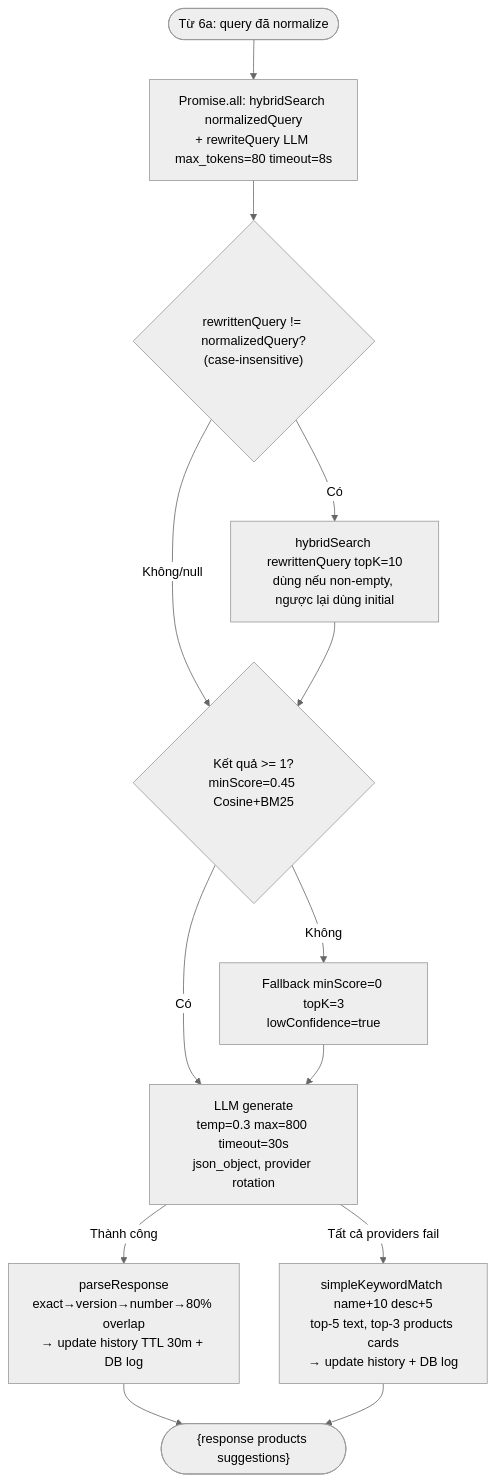
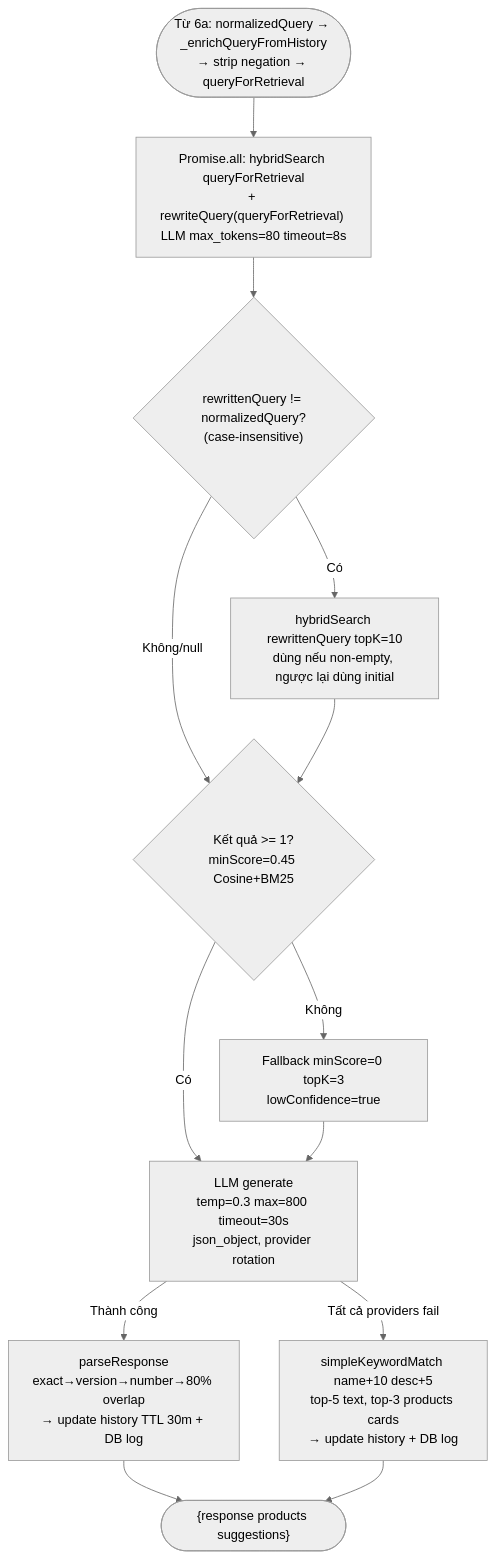
Diagram 39 of 47 in DIAGRAMS.md (MinhThang1009/E-commerce-website), drawn with Mermaid (neutral theme) before and after one commit. The commit also changed other lines of this file, not shown here.

First line of the commit message:
docs(diagrams): sửa flow RAG + 7 lỗi nhỏ §1/§3 sau verify per-element

````diff
--- a/DIAGRAMS.md
+++ b/DIAGRAMS.md
@@ -1661,15 +1667,15 @@
 ```mermaid
 flowchart TD
-    A([Từ 6a: query đã normalize]) --> B["Promise.all: hybridSearch normalizedQuery<br/>+ rewriteQuery LLM max_tokens=80 timeout=8s"]
+    A([Từ 6a: normalizedQuery → _enrichQueryFromHistory<br/>→ strip negation → queryForRetrieval]) --> B["Promise.all: hybridSearch queryForRetrieval<br/>+ rewriteQuery(queryForRetrieval) LLM max_tokens=80 timeout=8s"]
     B --> C{"rewrittenQuery != normalizedQuery?<br/>(case-insensitive)"}
     C -->|Có| D["hybridSearch rewrittenQuery topK=10<br/>dùng nếu non-empty, ngược lại dùng initial"]
     C -->|Không/null| E
     D --> E{"Kết quả >= 1?<br/>minScore=0.45 Cosine+BM25"}
     E -->|Không| F["Fallback minScore=0 topK=3<br/>lowConfidence=true"]
     E -->|Có| G["LLM generate<br/>temp=0.3 max=800 timeout=30s<br/>json_object, provider rotation"]
     F --> G
     G -->|Thành công| H["parseResponse<br/>exact→version→number→80% overlap<br/>→ update history TTL 30m + DB log"]
     G -->|Tất cả providers fail| I["simpleKeywordMatch name+10 desc+5<br/>top-5 text, top-3 products cards<br/>→ update history + DB log"]
     H --> J(["{response products suggestions}"])
     I --> J
 ```
````
